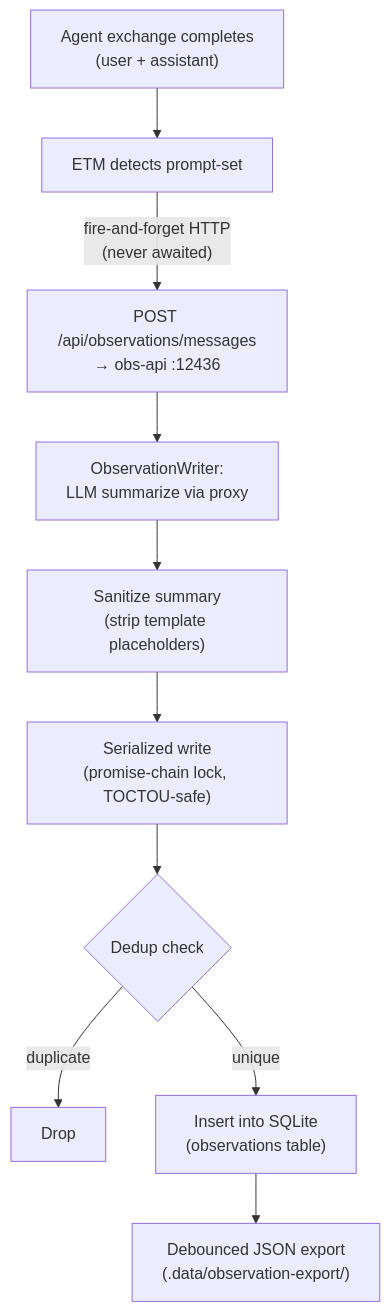
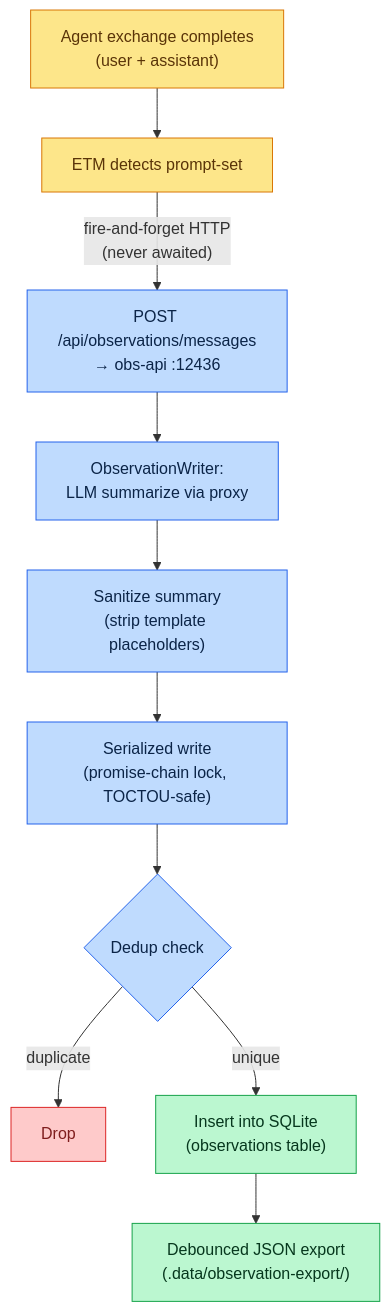
One commit to ritwik-ghosh09/Agent-Agnostic-Observational-Memory changed the second of 9 diagrams in Observational_Memory.md. Above: the diagram before and after it, drawn with Mermaid. The commit also changed other lines of this file and 2 other files, not shown here.

First line of the commit message:
docs: deepen human-feedback reranking, tuning controls, and embedder fine-tuning in Observational_Memory.md

````diff
--- a/Observational_Memory.md
+++ b/Observational_Memory.md
@@ -100,12 +109,21 @@
 ```mermaid
 graph TD
     A["Agent exchange completes<br/>(user + assistant)"] --> B["ETM detects prompt-set"]
     B -->|"fire-and-forget HTTP<br/>(never awaited)"| C["POST /api/observations/messages<br/>→ obs-api :12436"]
     C --> D["ObservationWriter:<br/>LLM summarize via proxy"]
     D --> E["Sanitize summary<br/>(strip template placeholders)"]
     E --> F["Serialized write<br/>(promise-chain lock, TOCTOU-safe)"]
     F --> G{"Dedup check"}
     G -->|"duplicate"| X["Drop"]
     G -->|"unique"| H["Insert into SQLite<br/>(observations table)"]
     H --> I["Debounced JSON export<br/>(.data/observation-export/)"]
+
+    classDef human fill:#fde68a,stroke:#d97706,stroke-width:1px,color:#5a3408;
+    classDef compute fill:#bfdbfe,stroke:#2563eb,stroke-width:1px,color:#0b2447;
+    classDef store fill:#bbf7d0,stroke:#16a34a,stroke-width:1px,color:#06371d;
+    classDef drop fill:#fecaca,stroke:#dc2626,stroke-width:1px,color:#7f1d1d;
+    class A,B human;
+    class C,D,E,F,G compute;
+    class H,I store;
+    class X drop;
 ```
````
